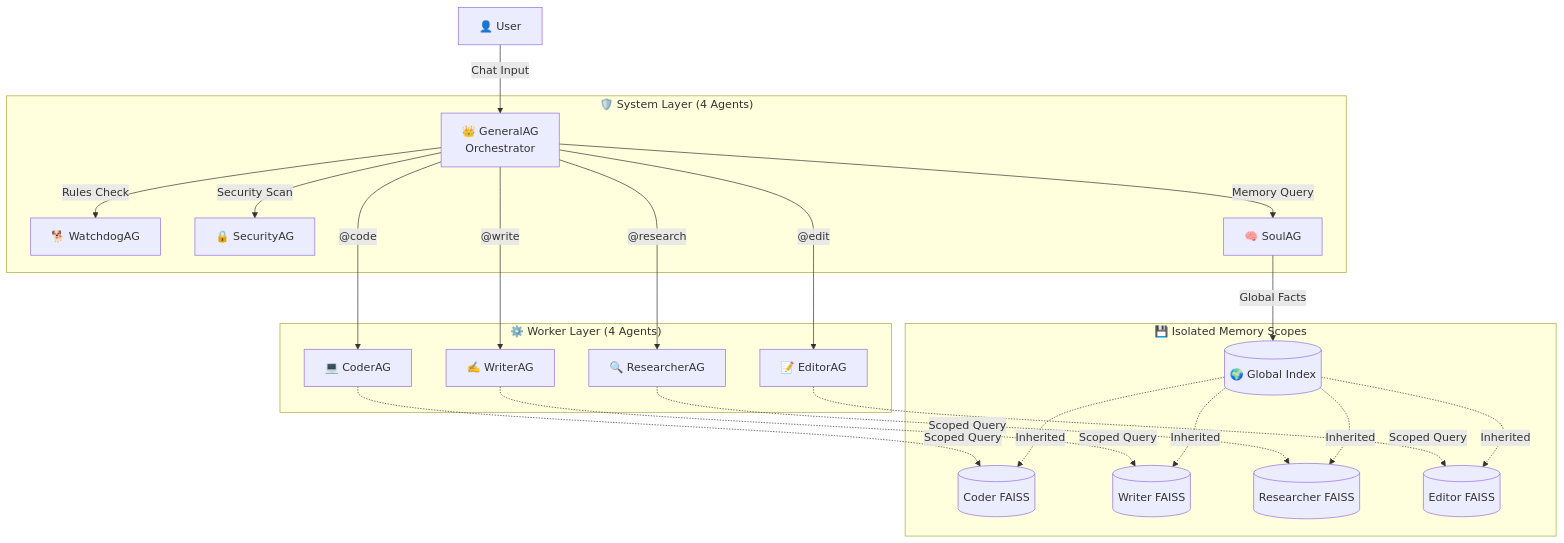
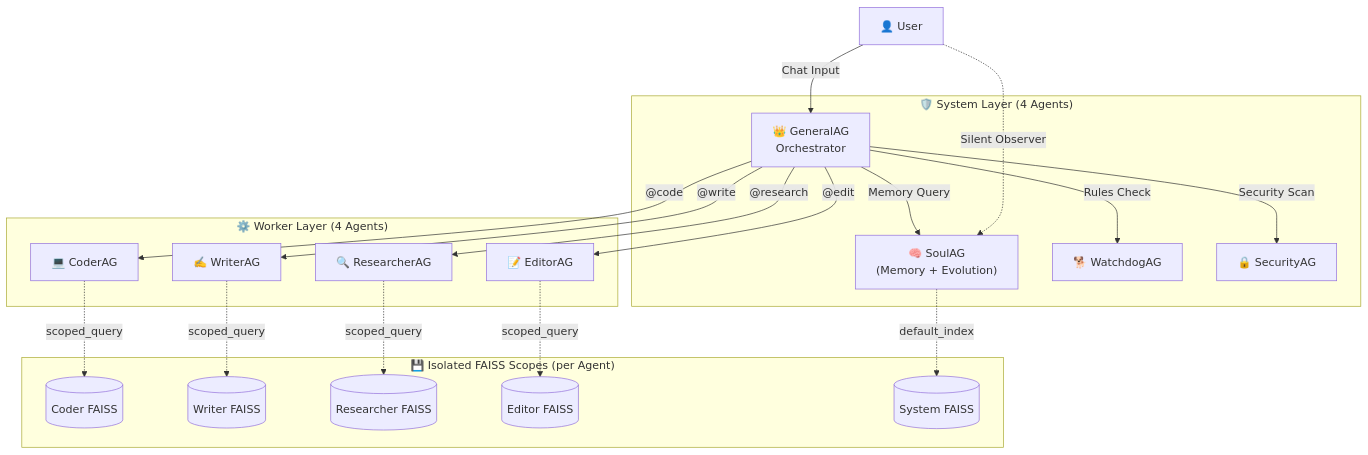
The second of 2 diagrams in README.md (landjunge/gnom-hub), drawn with Mermaid before and after one commit. The commit also changed other lines of this file and 7 other files, not shown here.

First line of the commit message:
docs(readme): diagram fact-check + fresh screenshots (current state)

````diff
--- a/README.md
+++ b/README.md
@@ -247,29 +249,26 @@
 ```mermaid
 graph TD
     U["👤 User"] -->|Chat Input| G["👑 GeneralAG<br/>Orchestrator"]
+    U -.->|"Silent Observer"| So["🧠 SoulAG<br/>(Memory + Evolution)"]
     
     subgraph Admin ["🛡️ System Layer (4 Agents)"]
         G -->|"Rules Check"| W["🐕 WatchdogAG"]
         G -->|"Security Scan"| S["🔒 SecurityAG"]
-        G -->|"Memory Query"| So["🧠 SoulAG"]
+        G -->|"Memory Query"| So
     end
 
     subgraph Workers ["⚙️ Worker Layer (4 Agents)"]
         G -->|"@code"| C["💻 CoderAG"]
         G -->|"@write"| Wr["✍️ WriterAG"]
         G -->|"@research"| R["🔍 ResearcherAG"]
         G -->|"@edit"| E["📝 EditorAG"]
     end
 
-    subgraph Memory ["💾 Isolated Memory Scopes"]
-        So -->|"Global Facts"| GS[("🌍 Global Index")]
-        C -.->|"Scoped Query"| MC[("Coder FAISS")]
-        Wr -.->|"Scoped Query"| MWr[("Writer FAISS")]
-        R -.->|"Scoped Query"| MR[("Researcher FAISS")]
-        E -.->|"Scoped Query"| ME[("Editor FAISS")]
-        GS -.->|"Inherited"| MC
-        GS -.->|"Inherited"| MWr
-        GS -.->|"Inherited"| MR
-        GS -.->|"Inherited"| ME
+    subgraph Memory ["💾 Isolated FAISS Scopes (per Agent)"]
+        C -.->|"scoped_query"| MC[("Coder FAISS")]
+        Wr -.->|"scoped_query"| MWr[("Writer FAISS")]
+        R -.->|"scoped_query"| MR[("Researcher FAISS")]
+        E -.->|"scoped_query"| ME[("Editor FAISS")]
+        So -.->|"default_index"| MDef[("System FAISS")]
     end
 ```
````
